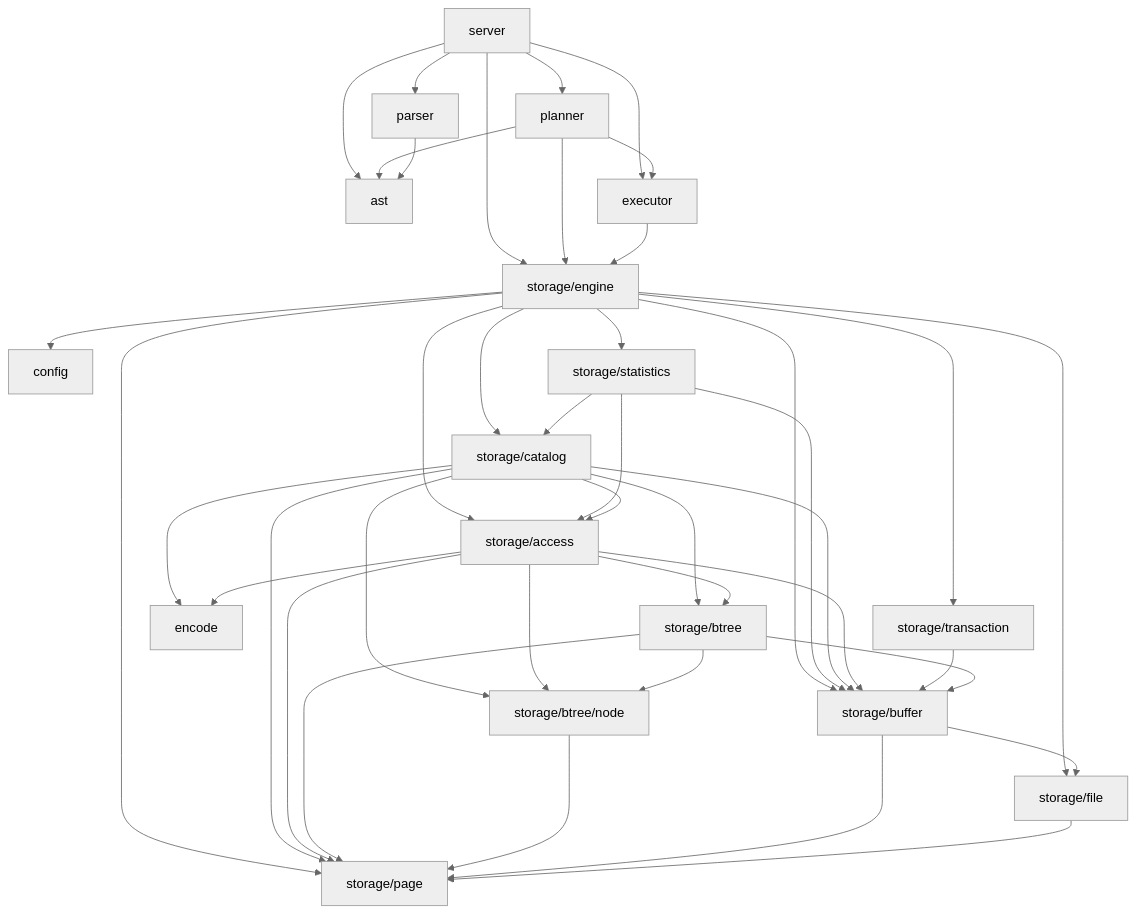
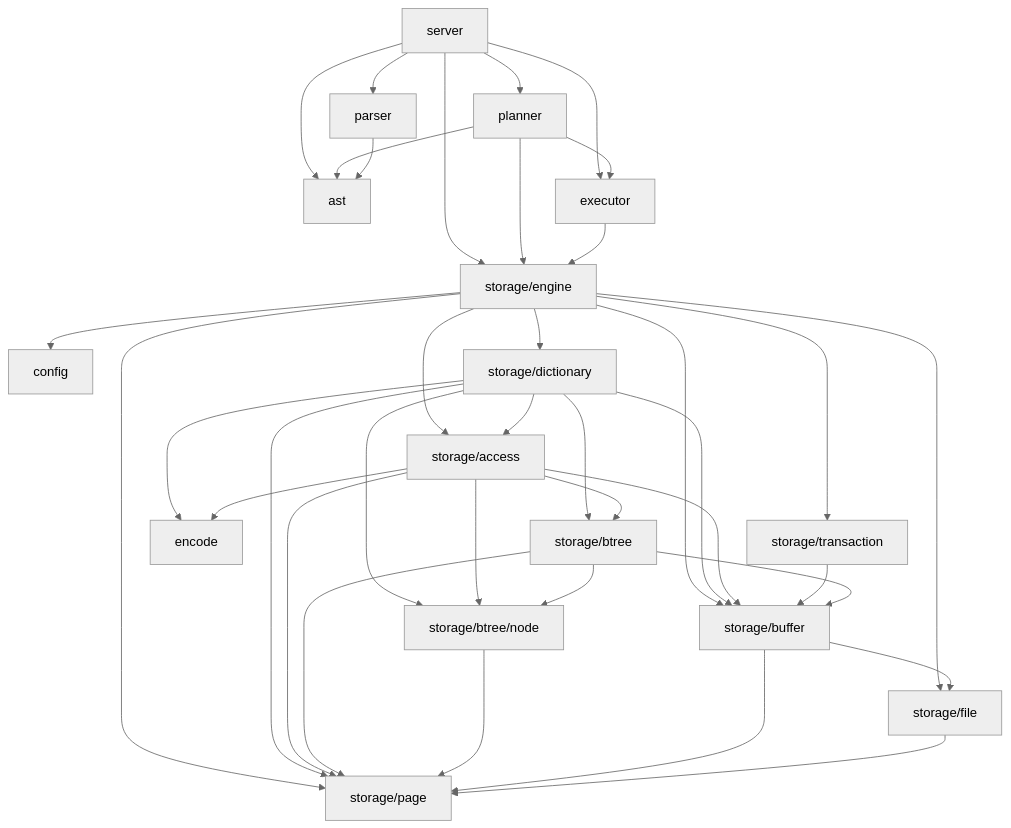
Before and after one commit to ren-yamanashi/minesql: the first of 2 diagrams in docs/architecture/package-graph.md, drawn with Mermaid (neutral theme). The commit also changed other lines of this file and 73 other files, not shown here.

````diff
--- a/docs/architecture/package-graph.md
+++ b/docs/architecture/package-graph.md
@@ -7,55 +7,50 @@
 ```mermaid
 graph TD
     server --> ast
     server --> executor
     server --> parser
     server --> planner
     server --> storage/engine
 
     planner --> ast
     planner --> executor
     planner --> storage/engine
 
     executor --> storage/engine
 
     parser --> ast
 
     storage/engine --> config
     storage/engine --> storage/access
     storage/engine --> storage/buffer
-    storage/engine --> storage/catalog
+    storage/engine --> storage/dictionary
     storage/engine --> storage/file
     storage/engine --> storage/page
-    storage/engine --> storage/statistics
     storage/engine --> storage/transaction
 
-    storage/statistics --> storage/access
-    storage/statistics --> storage/buffer
-    storage/statistics --> storage/catalog
-
-    storage/catalog --> encode
-    storage/catalog --> storage/access
-    storage/catalog --> storage/btree
-    storage/catalog --> storage/btree/node
-    storage/catalog --> storage/buffer
-    storage/catalog --> storage/page
+    storage/dictionary --> encode
+    storage/dictionary --> storage/access
+    storage/dictionary --> storage/btree
+    storage/dictionary --> storage/btree/node
+    storage/dictionary --> storage/buffer
+    storage/dictionary --> storage/page
 
     storage/access --> encode
     storage/access --> storage/btree
     storage/access --> storage/btree/node
     storage/access --> storage/buffer
     storage/access --> storage/page
 
     storage/transaction --> storage/buffer
 
     storage/btree --> storage/btree/node
     storage/btree --> storage/buffer
     storage/btree --> storage/page
 
     storage/btree/node --> storage/page
 
     storage/buffer --> storage/file
     storage/buffer --> storage/page
 
     storage/file --> storage/page
 ```
````
